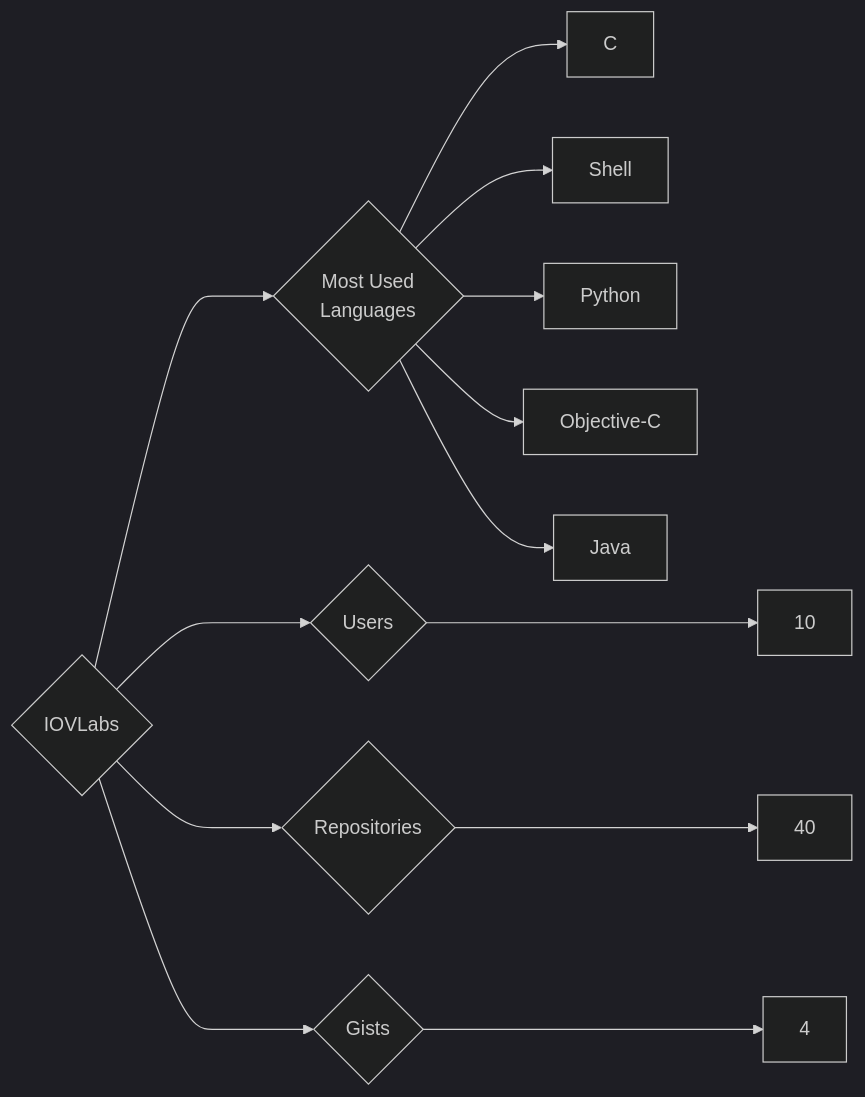
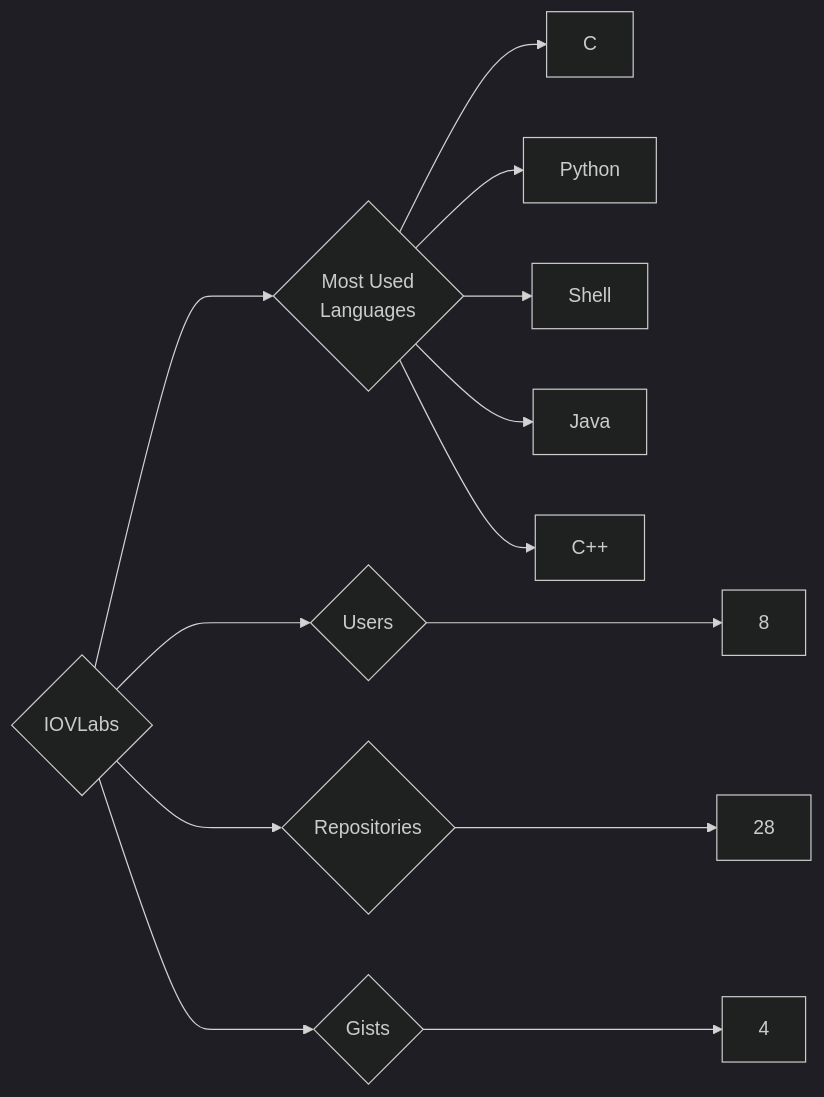
One commit to trickest/insiders changed the diagram in targets/IOVLabs/README.md. Above: the diagram before and after it, drawn with Mermaid (dark theme). The commit also changed 865 other files, not shown here.

````diff
--- a/targets/IOVLabs/README.md
+++ b/targets/IOVLabs/README.md
@@ -3,13 +3,13 @@
 ```mermaid
 graph LR
 COMPANY_NAME{IOVLabs}
-COMPANY_NAME ---> U{Users} ---> UN[10]
-COMPANY_NAME ---> R{Repositories} ---> RN[40]
+COMPANY_NAME ---> U{Users} ---> UN[8]
+COMPANY_NAME ---> R{Repositories} ---> RN[28]
 COMPANY_NAME ---> G{Gists} ---> GN[4]
 COMPANY_NAME ---> ML{Most Used<br>Languages}
 ML --> C[C]
+ML --> Python[Python]
 ML --> Shell[Shell]
-ML --> Python[Python]
-ML --> Objective-C[Objective-C]
 ML --> Java[Java]
+ML --> C++[C++]
 ```
````
